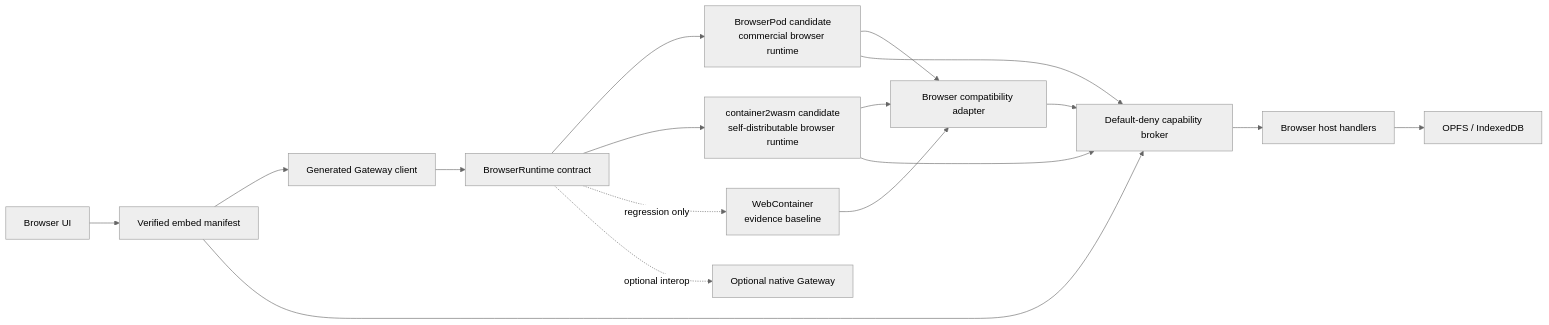
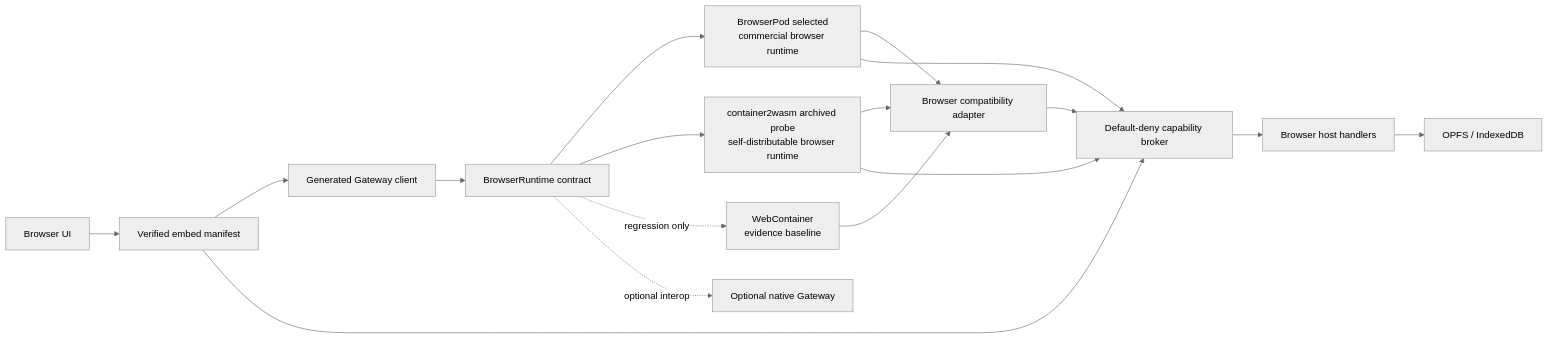
The diagram in docs/architecture.md (haya-inc/clawsembly), drawn with Mermaid (neutral theme) before and after one commit. The commit also changed other lines of this file and 37 other files, not shown here.

Commit message:
Implement verified BrowserPod runtime adapter

````diff
--- a/docs/architecture.md
+++ b/docs/architecture.md
@@ -11,28 +11,28 @@
 ```mermaid
 flowchart LR
     UI["Browser UI"]
     Manifest["Verified embed manifest"]
     Client["Generated Gateway client"]
     Contract["BrowserRuntime contract"]
-    Commercial["BrowserPod candidate\ncommercial browser runtime"]
-    Open["container2wasm candidate\nself-distributable browser runtime"]
+    Commercial["BrowserPod selected\ncommercial browser runtime"]
+    Open["container2wasm archived probe\nself-distributable browser runtime"]
     Baseline["WebContainer\nevidence baseline"]
     Remote["Optional native Gateway"]
     Adapter["Browser compatibility adapter"]
     Broker["Default-deny capability broker"]
     Host["Browser host handlers"]
     Store["OPFS / IndexedDB"]
 
     UI --> Manifest --> Client --> Contract
     Manifest --> Broker
     Contract --> Commercial
     Contract --> Open
     Contract -. regression only .-> Baseline
     Contract -. optional interop .-> Remote
     Commercial --> Adapter
     Open --> Adapter
     Baseline --> Adapter --> Broker --> Host
     Commercial --> Broker
     Open --> Broker
     Host --> Store
 ```
````
